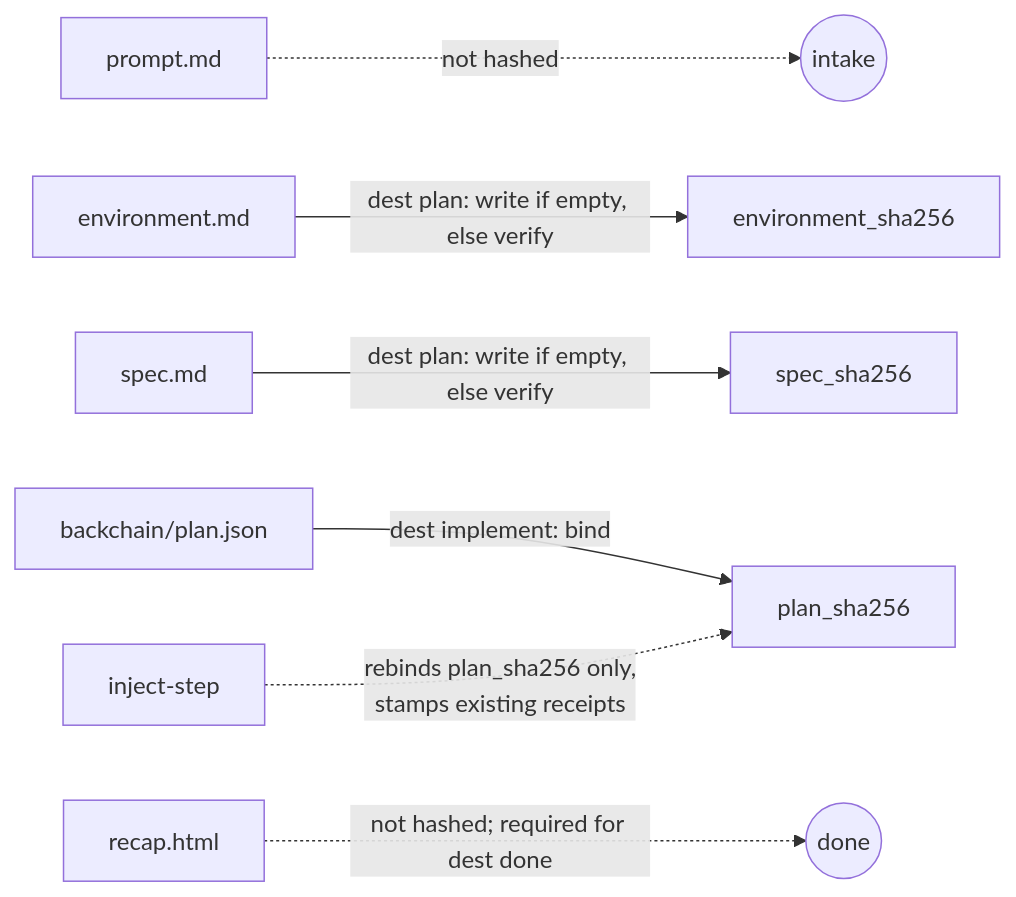
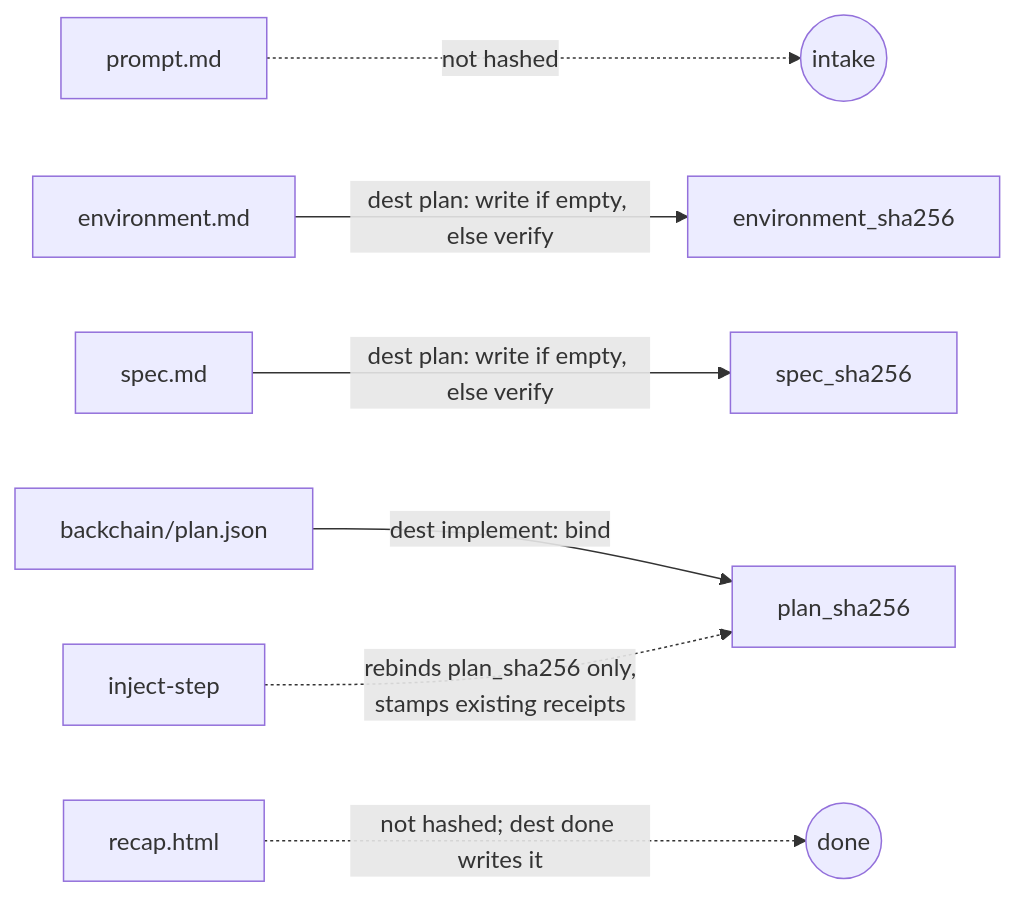
One commit to whichguy/skill-craft changed the fifth of 5 diagrams in skills/shiploop/README.md. Above: the diagram before and after it, drawn with Mermaid. The commit also changed other lines of this file and 16 other files, not shown here.

First line of the commit message:
Write a full HTML recap at the end of the ShipLoop session.

````diff
--- a/skills/shiploop/README.md
+++ b/skills/shiploop/README.md
@@ -360,9 +361,9 @@
 ```mermaid
 flowchart LR
   prompt["prompt.md"] -.->|not hashed| intake(("intake"))
   env["environment.md"] -->|"dest plan: write if empty, else verify"| envHash["environment_sha256"]
   spec["spec.md"] -->|"dest plan: write if empty, else verify"| specHash["spec_sha256"]
   dag["backchain/plan.json"] -->|"dest implement: bind"| planHash["plan_sha256"]
   inject["inject-step"] -.->|"rebinds plan_sha256 only,\nstamps existing receipts"| planHash
-  recap["recap.html"] -.->|not hashed; required for dest done| done(("done"))
+  recap["recap.html"] -.->|not hashed; dest done writes it| done(("done"))
 ```
````
